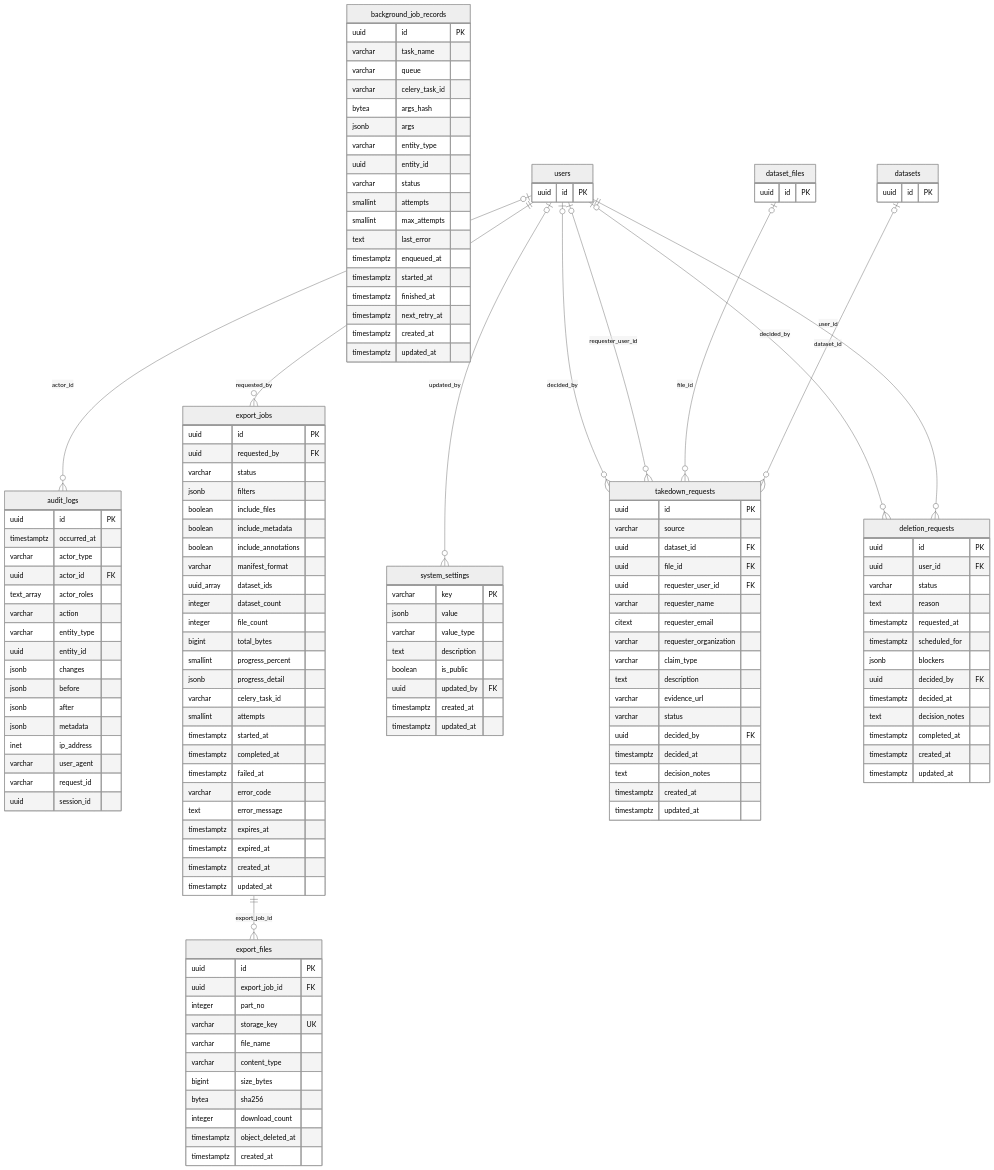
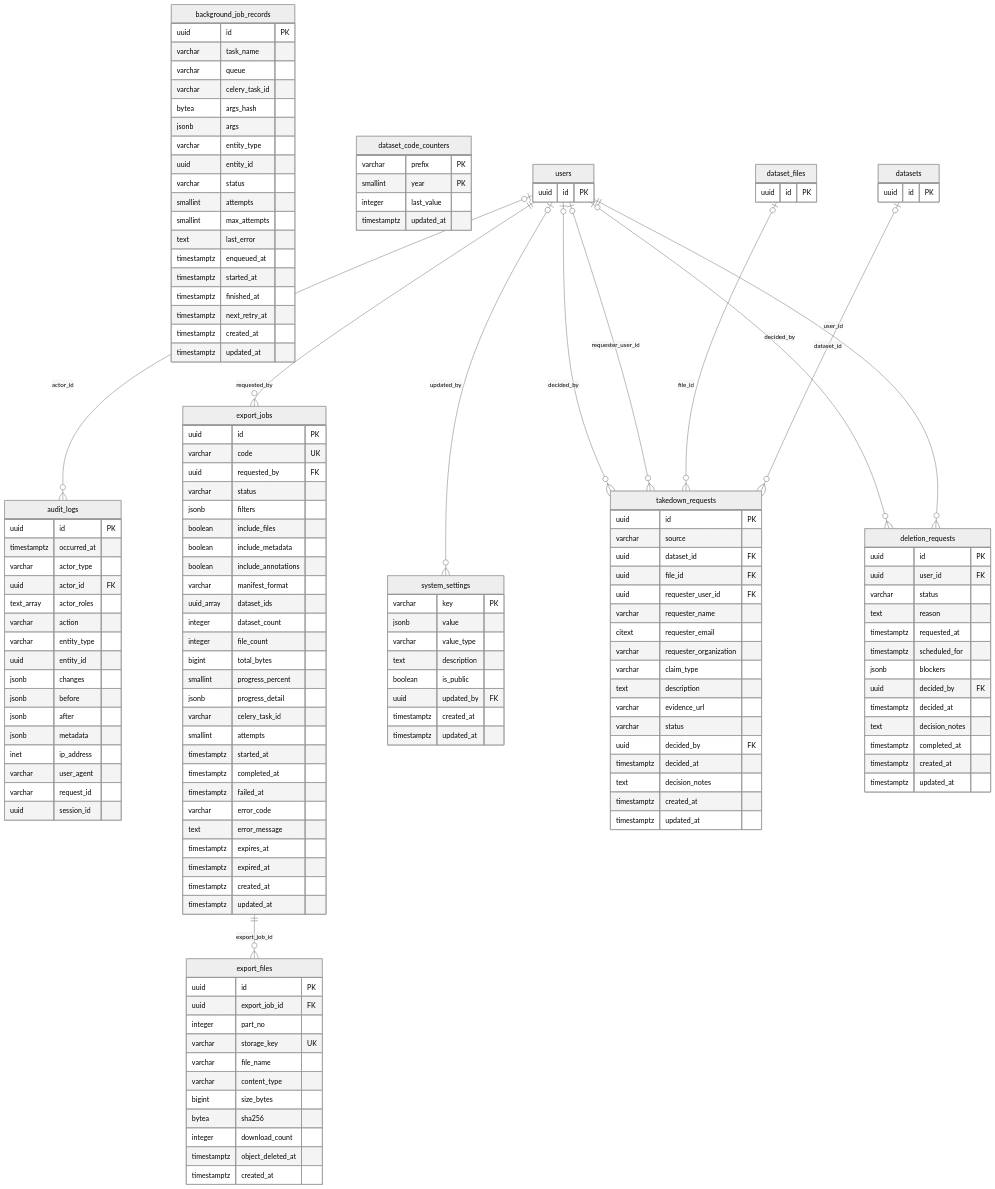
One commit to SORYA-DATAHUB/DataHub changed the eighth of 8 diagrams in docs/02-system-architecture/ERD.md. Above: the diagram before and after it, drawn with Mermaid (neutral theme). The commit also changed other lines of this file and 28 other files, not shown here.

```diff
--- a/docs/02-system-architecture/ERD.md
+++ b/docs/02-system-architecture/ERD.md
@@ -1388,6 +1400,7 @@
     }
     export_jobs {
         uuid id PK
+        varchar code UK
         uuid requested_by FK
         varchar status
         jsonb filters
@@ -1490,6 +1503,12 @@
         timestamptz created_at
         timestamptz updated_at
     }
+    dataset_code_counters {
+        varchar prefix PK
+        smallint year PK
+        integer last_value
+        timestamptz updated_at
+    }
     users {
         uuid id PK
     }
```
